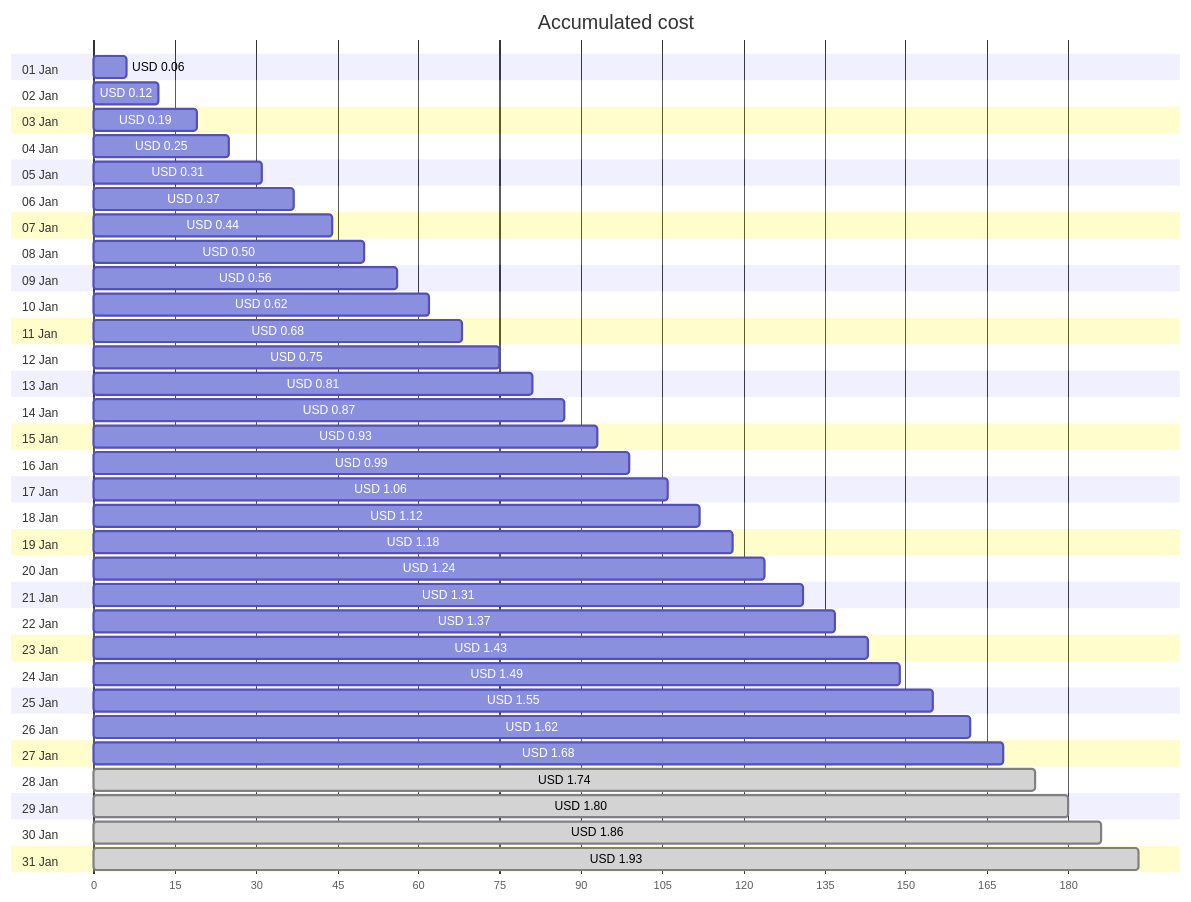
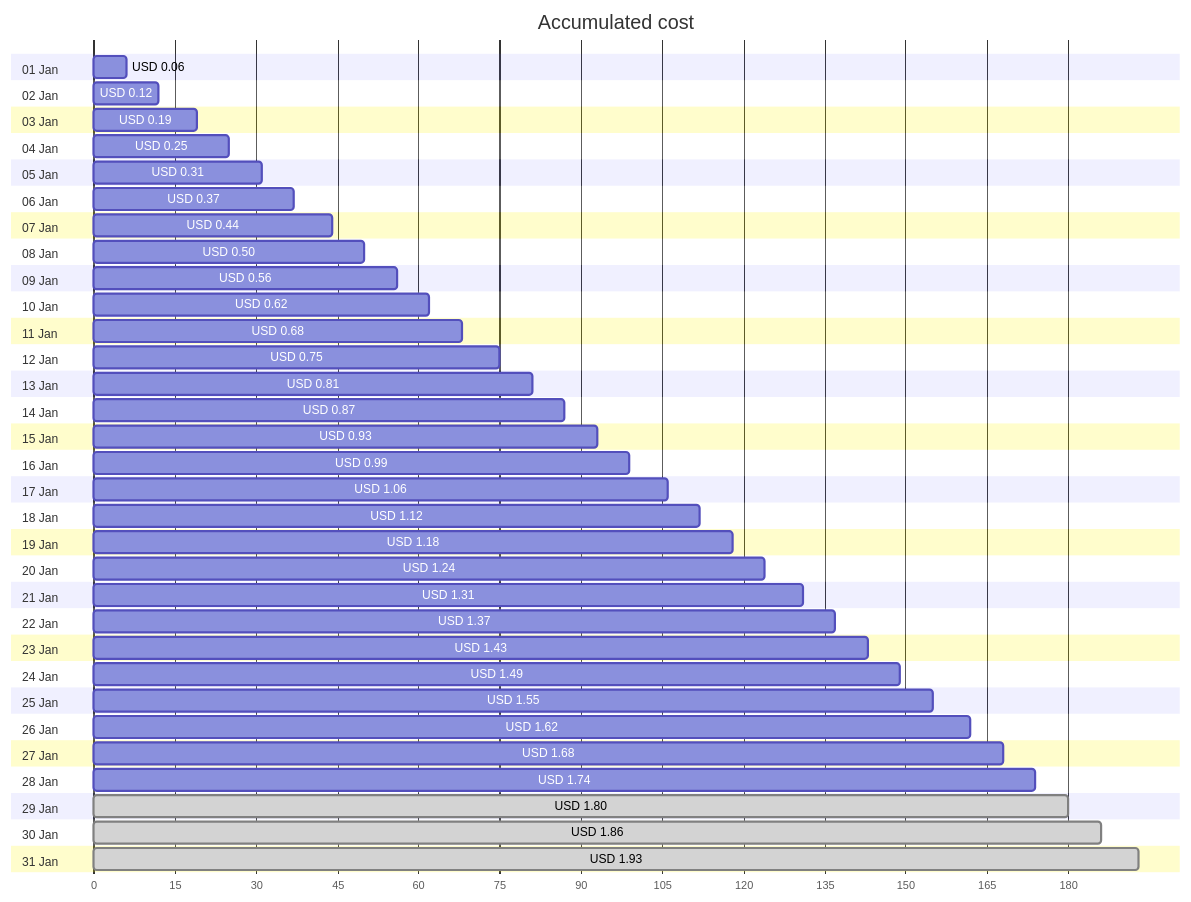
One commit to jpfulton/azure-personal-reports changed the first of 4 diagrams in cost-reports/personal-network/vpn-server_OsDisk.md. Above: the diagram before and after it, drawn with Mermaid. The commit also changed other lines of this file and 8 other files, not shown here.

````diff
--- a/cost-reports/personal-network/vpn-server_OsDisk.md
+++ b/cost-reports/personal-network/vpn-server_OsDisk.md
@@ -20,68 +20,68 @@
 ```mermaid
 gantt
    title Accumulated cost
    dateFormat  X
    axisFormat %s
    section 01 Jan
    USD 0.06 :0, 6
    section 02 Jan
    USD 0.12 :0, 12
    section 03 Jan
    USD 0.19 :0, 19
    section 04 Jan
    USD 0.25 :0, 25
    section 05 Jan
    USD 0.31 :0, 31
    section 06 Jan
    USD 0.37 :0, 37
    section 07 Jan
    USD 0.44 :0, 44
    section 08 Jan
    USD 0.50 :0, 50
    section 09 Jan
    USD 0.56 :0, 56
    section 10 Jan
    USD 0.62 :0, 62
    section 11 Jan
    USD 0.68 :0, 68
    section 12 Jan
    USD 0.75 :0, 75
    section 13 Jan
    USD 0.81 :0, 81
    section 14 Jan
    USD 0.87 :0, 87
    section 15 Jan
    USD 0.93 :0, 93
    section 16 Jan
    USD 0.99 :0, 99
    section 17 Jan
    USD 1.06 :0, 106
    section 18 Jan
    USD 1.12 :0, 112
    section 19 Jan
    USD 1.18 :0, 118
    section 20 Jan
    USD 1.24 :0, 124
    section 21 Jan
    USD 1.31 :0, 131
    section 22 Jan
    USD 1.37 :0, 137
    section 23 Jan
    USD 1.43 :0, 143
    section 24 Jan
    USD 1.49 :0, 149
    section 25 Jan
    USD 1.55 :0, 155
    section 26 Jan
    USD 1.62 :0, 162
    section 27 Jan
    USD 1.68 :0, 168
    section 28 Jan
-   USD 1.74 : done, 0, 174
+   USD 1.74 :0, 174
    section 29 Jan
    USD 1.80 : done, 0, 180
    section 30 Jan
    USD 1.86 : done, 0, 186
    section 31 Jan
    USD 1.93 : done, 0, 193
 ```
````
